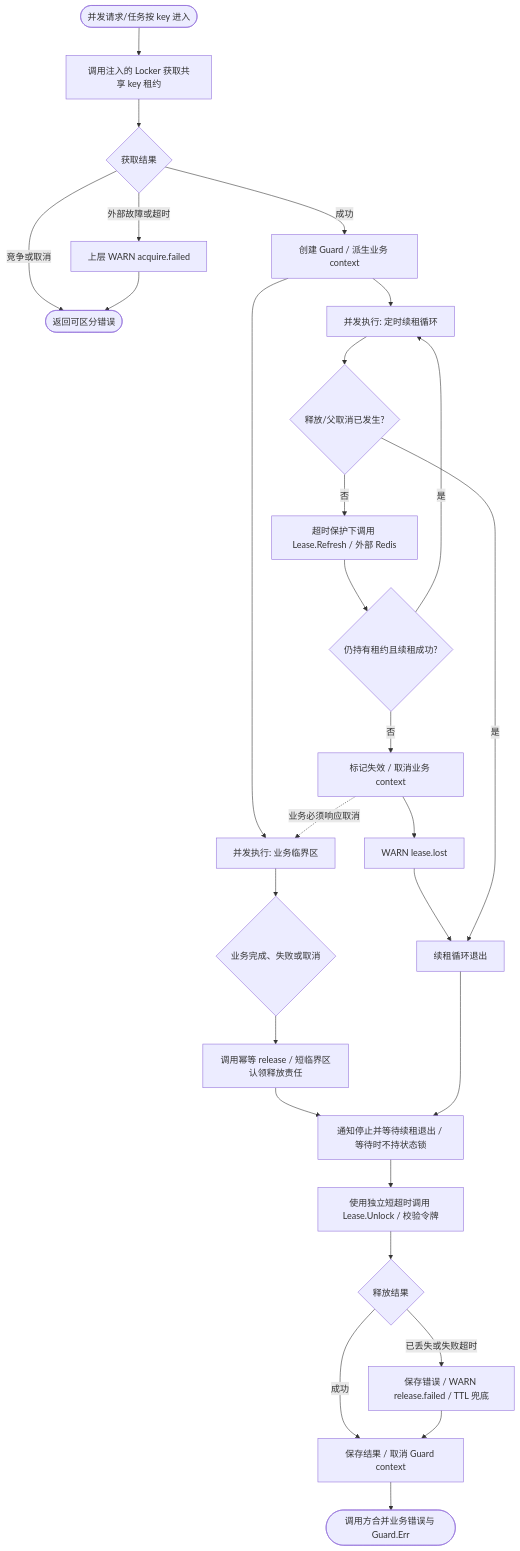
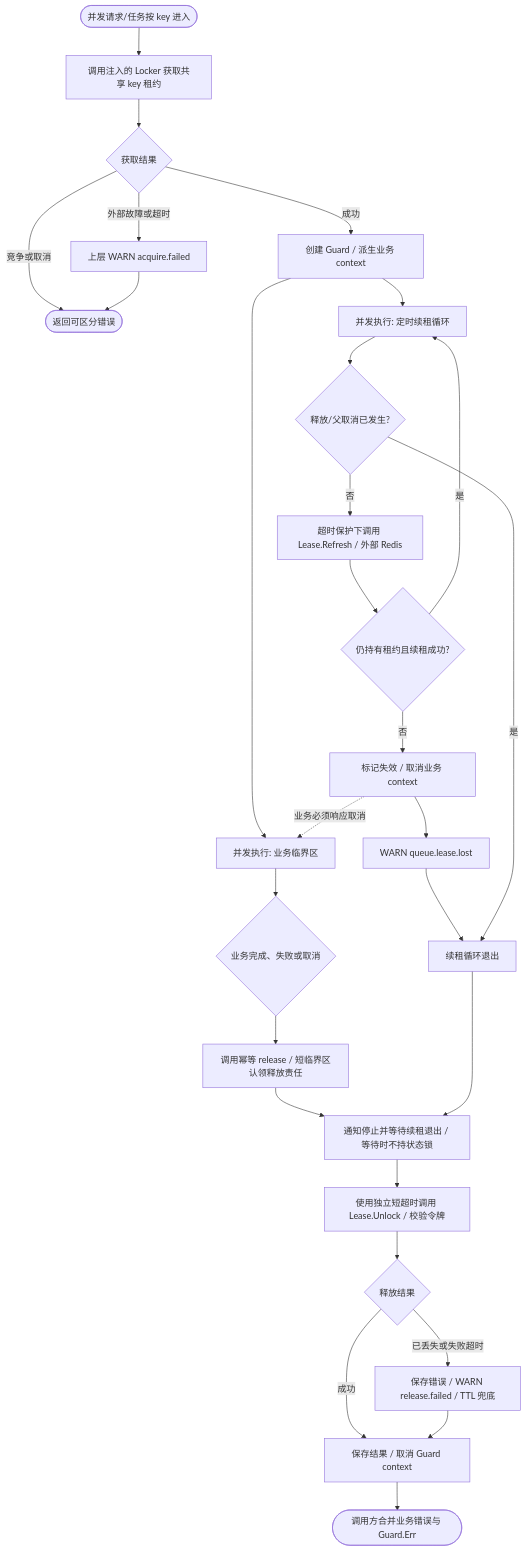
The second of 3 diagrams in pkg/DEVELOPMENT.md (jaggerzhuang1994/kratos-foundation), drawn with Mermaid before and after one commit. The commit also changed other lines of this file and 204 other files, not shown here.

````diff
--- a/pkg/DEVELOPMENT.md
+++ b/pkg/DEVELOPMENT.md
@@ -236,30 +236,30 @@
 ```mermaid
 flowchart TD
     A([并发请求/任务按 key 进入]) --> B[调用注入的 Locker 获取共享 key 租约]
     B --> C{获取结果}
     C -- 竞争或取消 --> D([返回可区分错误])
     C -- 外部故障或超时 --> E[上层 WARN acquire.failed]
     E --> D
     C -- 成功 --> F[创建 Guard / 派生业务 context]
     F --> G[并发执行: 业务临界区]
     F --> H[并发执行: 定时续租循环]
     H --> I{释放/父取消已发生?}
     I -- 否 --> J[超时保护下调用 Lease.Refresh / 外部 Redis]
     J --> K{仍持有租约且续租成功?}
     K -- 是 --> H
     K -- 否 --> L[标记失效 / 取消业务 context]
-    L --> M[WARN lease.lost]
+    L --> M[WARN queue.lease.lost]
     M --> N[续租循环退出]
     I -- 是 --> N
     L -. 业务必须响应取消 .-> G
     G --> O{业务完成、失败或取消}
     O --> P[调用幂等 release / 短临界区认领释放责任]
     P --> Q[通知停止并等待续租退出 / 等待时不持状态锁]
     N --> Q
     Q --> R[使用独立短超时调用 Lease.Unlock / 校验令牌]
     R --> S{释放结果}
     S -- 成功 --> T[保存结果 / 取消 Guard context]
     S -- 已丢失或失败超时 --> U[保存错误 / WARN release.failed / TTL 兜底]
     U --> T
     T --> V([调用方合并业务错误与 Guard.Err])
 ```
````
